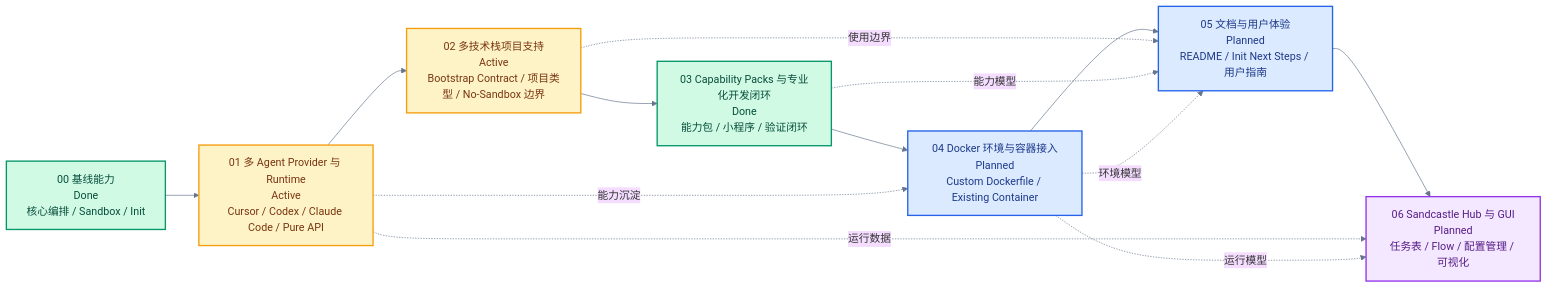
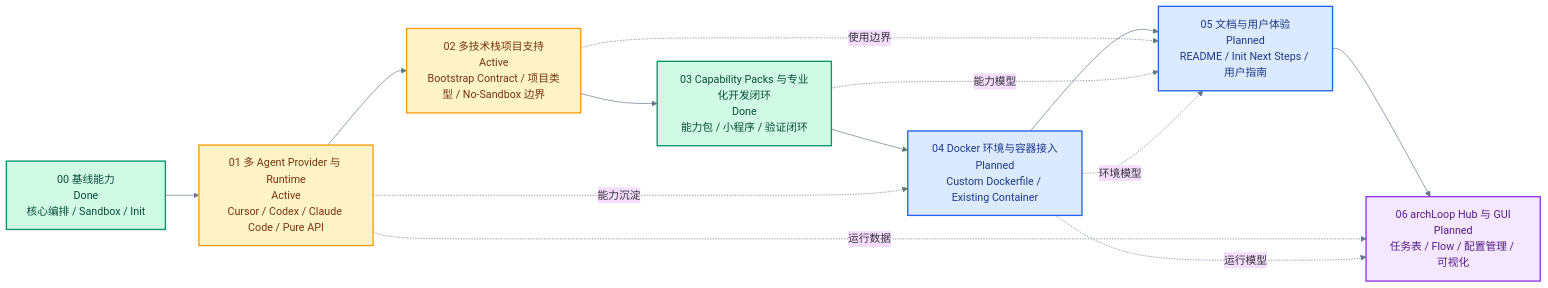
The diagram in docs/roadmap.md (Yibeibankaishui/archLoop), drawn with Mermaid before and after one commit. The commit also changed other lines of this file and 52 other files, not shown here.

````diff
--- a/docs/roadmap.md
+++ b/docs/roadmap.md
@@ -5,29 +5,29 @@
 ```mermaid
 %%{init: {"theme":"base","themeVariables":{"fontFamily":"Inter, ui-sans-serif, system-ui, sans-serif","primaryBorderColor":"#334155","lineColor":"#64748b","tertiaryColor":"#f8fafc"}} }%%
 flowchart LR
     P00["00 基线能力<br/>Done<br/>核心编排 / Sandbox / Init"] --> P01["01 多 Agent Provider 与 Runtime<br/>Active<br/>Cursor / Codex / Claude Code / Pure API"]
     P01 --> P02["02 多技术栈项目支持<br/>Active<br/>Bootstrap Contract / 项目类型 / No-Sandbox 边界"]
     P02 --> P03["03 Capability Packs 与专业化开发闭环<br/>Done<br/>能力包 / 小程序 / 验证闭环"]
     P03 --> P04["04 Docker 环境与容器接入<br/>Planned<br/>Custom Dockerfile / Existing Container"]
     P04 --> P05["05 文档与用户体验<br/>Planned<br/>README / Init Next Steps / 用户指南"]
-    P05 --> P06["06 Sandcastle Hub 与 GUI<br/>Planned<br/>任务表 / Flow / 配置管理 / 可视化"]
+    P05 --> P06["06 archLoop Hub 与 GUI<br/>Planned<br/>任务表 / Flow / 配置管理 / 可视化"]
 
     P01 -. "能力沉淀" .-> P04
     P02 -. "使用边界" .-> P05
     P03 -. "能力模型" .-> P05
     P01 -. "运行数据" .-> P06
     P04 -. "环境模型" .-> P05
     P04 -. "运行模型" .-> P06
 
     classDef done fill:#d1fae5,stroke:#059669,color:#064e3b,stroke-width:2px;
     classDef active fill:#fef3c7,stroke:#f59e0b,color:#78350f,stroke-width:2px;
     classDef planned fill:#dbeafe,stroke:#2563eb,color:#1e3a8a,stroke-width:2px;
     classDef future fill:#f3e8ff,stroke:#9333ea,color:#581c87,stroke-width:2px;
     classDef support fill:#ffe4e6,stroke:#e11d48,color:#881337,stroke-width:2px;
 
     class P00 done;
     class P01,P02 active;
     class P03 done;
     class P04,P05 planned;
     class P06 future;
 ```
````
